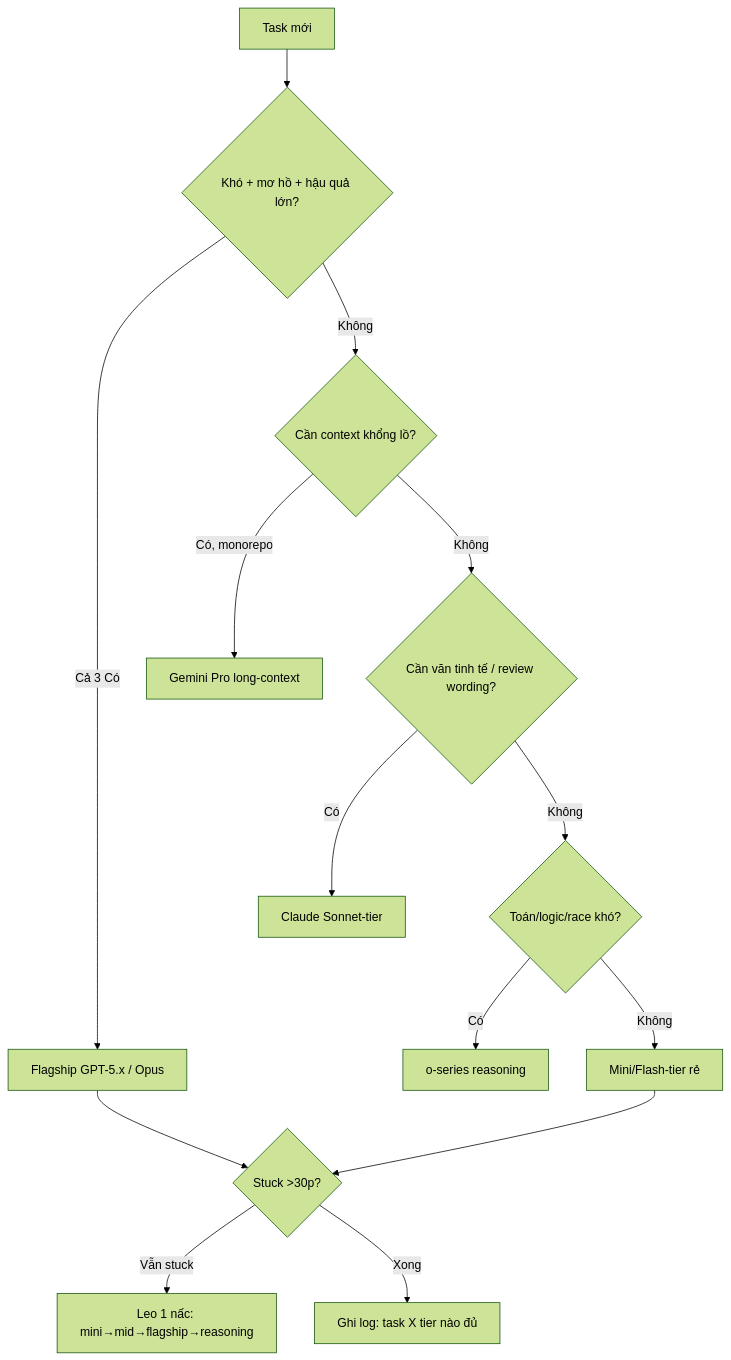
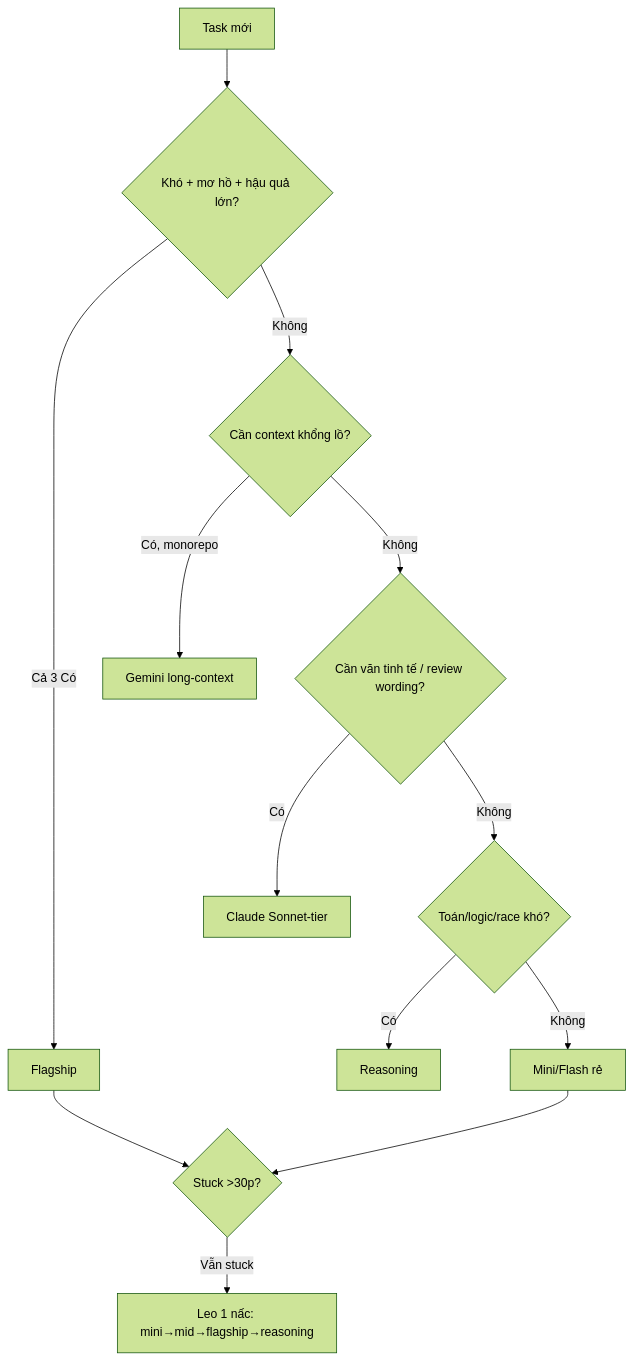
Before and after one commit to nbhson/tutorial-github-copilot: the diagram in 01-huong-dan-su-dung/14-models-chon-model-dung.md, drawn with Mermaid (forest theme). The commit also changed other lines of this file and 41 other files, not shown here.

````diff
--- a/01-huong-dan-su-dung/14-models-chon-model-dung.md
+++ b/01-huong-dan-su-dung/14-models-chon-model-dung.md
@@ -80,16 +33,15 @@
 ```mermaid
 flowchart TD
     A[Task mới] --> B{Khó + mơ hồ + hậu quả lớn?}
-    B -->|Cả 3 Có| C[Flagship GPT-5.x / Opus]
+    B -->|Cả 3 Có| C[Flagship]
     B -->|Không| D{Cần context khổng lồ?}
-    D -->|Có, monorepo| E[Gemini Pro long-context]
+    D -->|Có, monorepo| E[Gemini long-context]
     D -->|Không| F{Cần văn tinh tế / review wording?}
     F -->|Có| G[Claude Sonnet-tier]
     F -->|Không| H{Toán/logic/race khó?}
-    H -->|Có| I[o-series reasoning]
-    H -->|Không| J[Mini/Flash-tier rẻ]
+    H -->|Có| I[Reasoning]
+    H -->|Không| J[Mini/Flash rẻ]
     C --> K{Stuck >30p?}
     J --> K
     K -->|Vẫn stuck| L[Leo 1 nấc: mini→mid→flagship→reasoning]
-    K -->|Xong| M[Ghi log: task X tier nào đủ]
 ```
````
